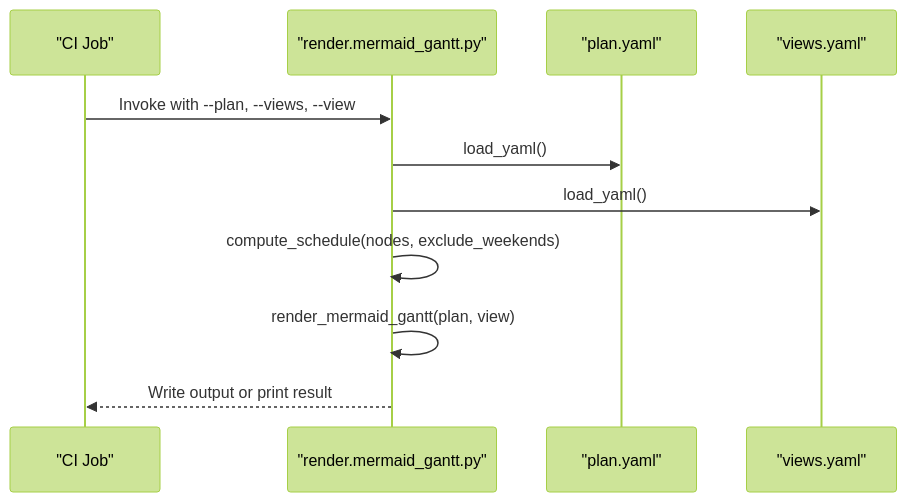
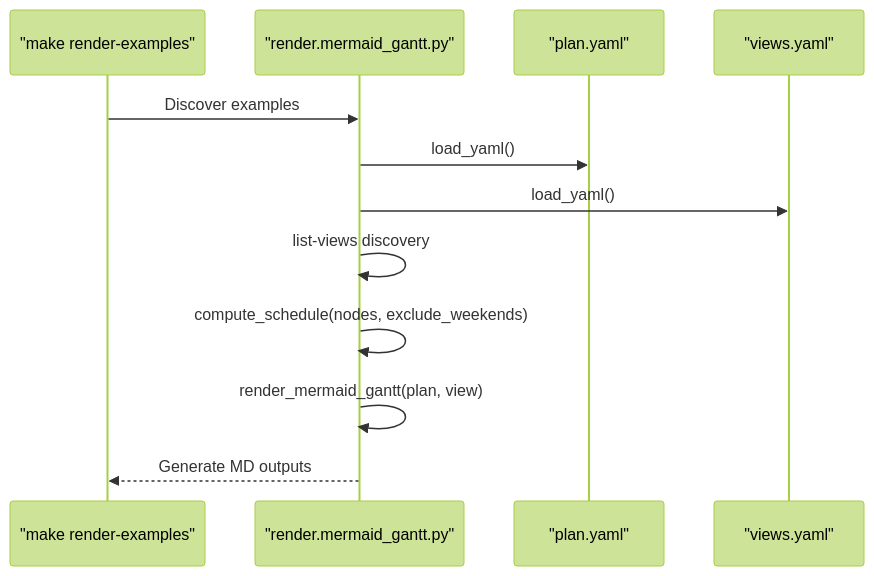
Before and after one commit to asukhodko/opskarta: the fifth of 8 diagrams in .qoder/repowiki/en/content/Integration Guide/Workflow Automation.md, drawn with Mermaid (forest theme). The commit also changed other lines of this file and 5 other files, not shown here.

````diff
--- a/.qoder/repowiki/en/content/Integration Guide/Workflow Automation.md
+++ b/.qoder/repowiki/en/content/Integration Guide/Workflow Automation.md
@@ -215,13 +352,14 @@
 ```mermaid
 sequenceDiagram
-participant CI as "CI Job"
+participant MAKE as "make render-examples"
 participant RG as "render.mermaid_gantt.py"
 participant PLAN as "plan.yaml"
 participant VIEWS as "views.yaml"
-CI->>RG : Invoke with --plan, --views, --view
+MAKE->>RG : Discover examples
 RG->>PLAN : load_yaml()
 RG->>VIEWS : load_yaml()
+RG->>RG : list-views discovery
 RG->>RG : compute_schedule(nodes, exclude_weekends)
 RG->>RG : render_mermaid_gantt(plan, view)
-RG-->>CI : Write output or print result
+RG-->>MAKE : Generate MD outputs
 ```
````
